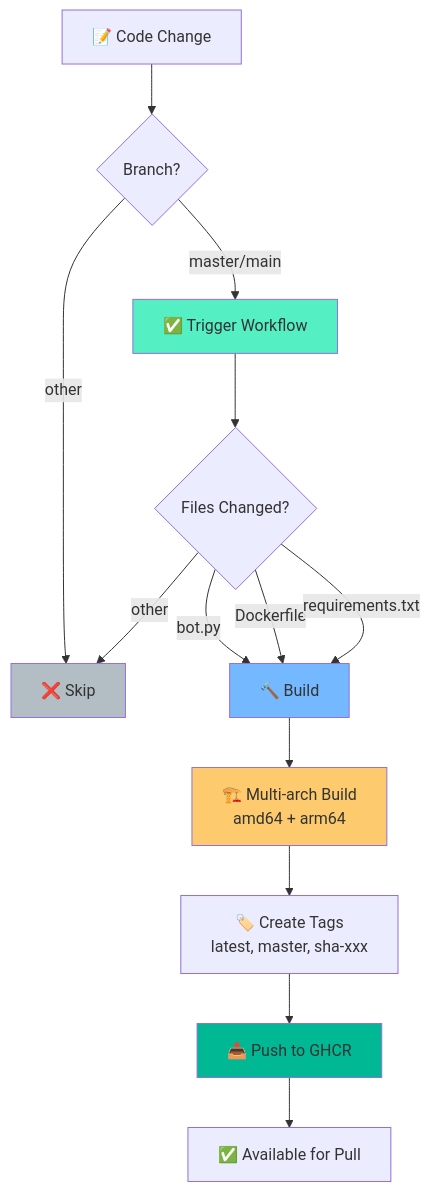
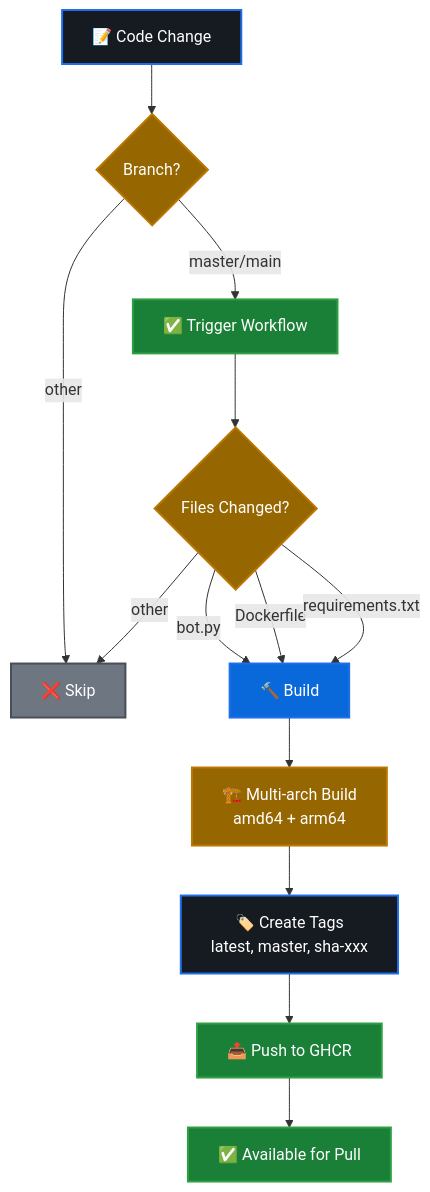
One commit to Kiwi41/discord-plateau-bot changed the second of 3 diagrams in GITHUB_CONTAINER_REGISTRY.md. Above: the diagram before and after it, drawn with Mermaid. The commit also changed other lines of this file and 8 other files, not shown here.

Commit message:
docs: Improve Mermaid diagrams visibility for dark theme

````diff
--- a/GITHUB_CONTAINER_REGISTRY.md
+++ b/GITHUB_CONTAINER_REGISTRY.md
@@ -81,23 +83,28 @@
 ```mermaid
 graph TD
     A[📝 Code Change] --> B{Branch?}
     B -->|master/main| C[✅ Trigger Workflow]
     B -->|other| X[❌ Skip]
     
     C --> D{Files Changed?}
     D -->|bot.py| E[🔨 Build]
     D -->|Dockerfile| E
     D -->|requirements.txt| E
     D -->|other| X
     
     E --> F[🏗️ Multi-arch Build<br/>amd64 + arm64]
     F --> G[🏷️ Create Tags<br/>latest, master, sha-xxx]
     G --> H[📤 Push to GHCR]
     H --> I[✅ Available for Pull]
     
-    style C fill:#55efc4
-    style E fill:#74b9ff
-    style F fill:#fdcb6e
-    style H fill:#00b894
-    style X fill:#b2bec3
+    style A fill:#161b22,stroke:#1f6feb,stroke-width:2px,color:#fff
+    style B fill:#966600,stroke:#bb7700,stroke-width:2px,color:#fff
+    style C fill:#1a7f37,stroke:#2ea043,stroke-width:2px,color:#fff
+    style D fill:#966600,stroke:#bb7700,stroke-width:2px,color:#fff
+    style E fill:#0969da,stroke:#1f6feb,stroke-width:2px,color:#fff
+    style F fill:#966600,stroke:#bb7700,stroke-width:2px,color:#fff
+    style G fill:#161b22,stroke:#1f6feb,stroke-width:2px,color:#fff
+    style H fill:#1a7f37,stroke:#2ea043,stroke-width:2px,color:#fff
+    style I fill:#1a7f37,stroke:#2ea043,stroke-width:2px,color:#fff
+    style X fill:#6e7681,stroke:#484f58,stroke-width:2px,color:#fff
 ```
````
